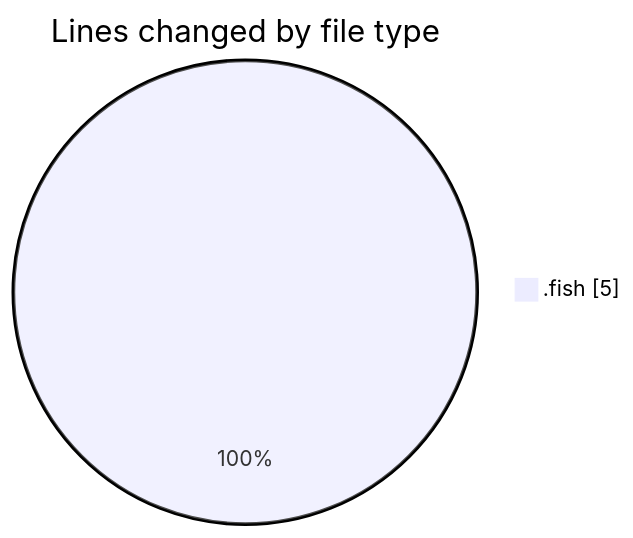
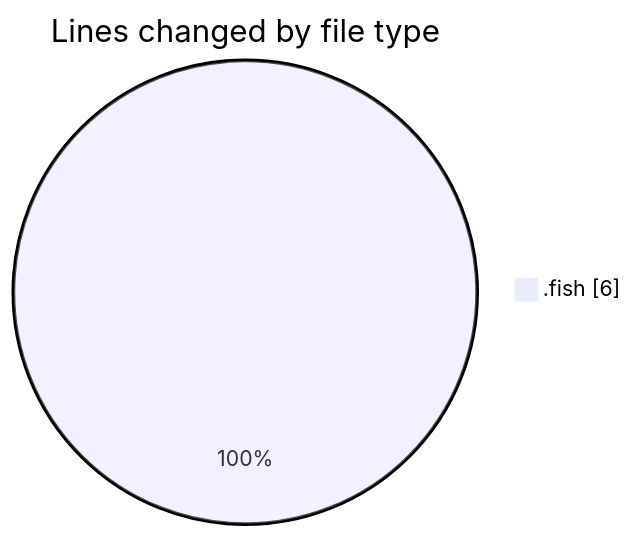
One commit to EIIisD/code-tracking changed the first of 2 diagrams in 2025-08-07/fish/README.md. Above: the diagram before and after it, drawn with Mermaid. The commit also changed other lines of this file and 1 other file, not shown here.

````diff
--- a/2025-08-07/fish/README.md
+++ b/2025-08-07/fish/README.md
@@ -20,5 +20,5 @@
 ```mermaid
 pie showData
 title Lines changed by file type
-".fish" : 5
+".fish" : 6
 ```
````
